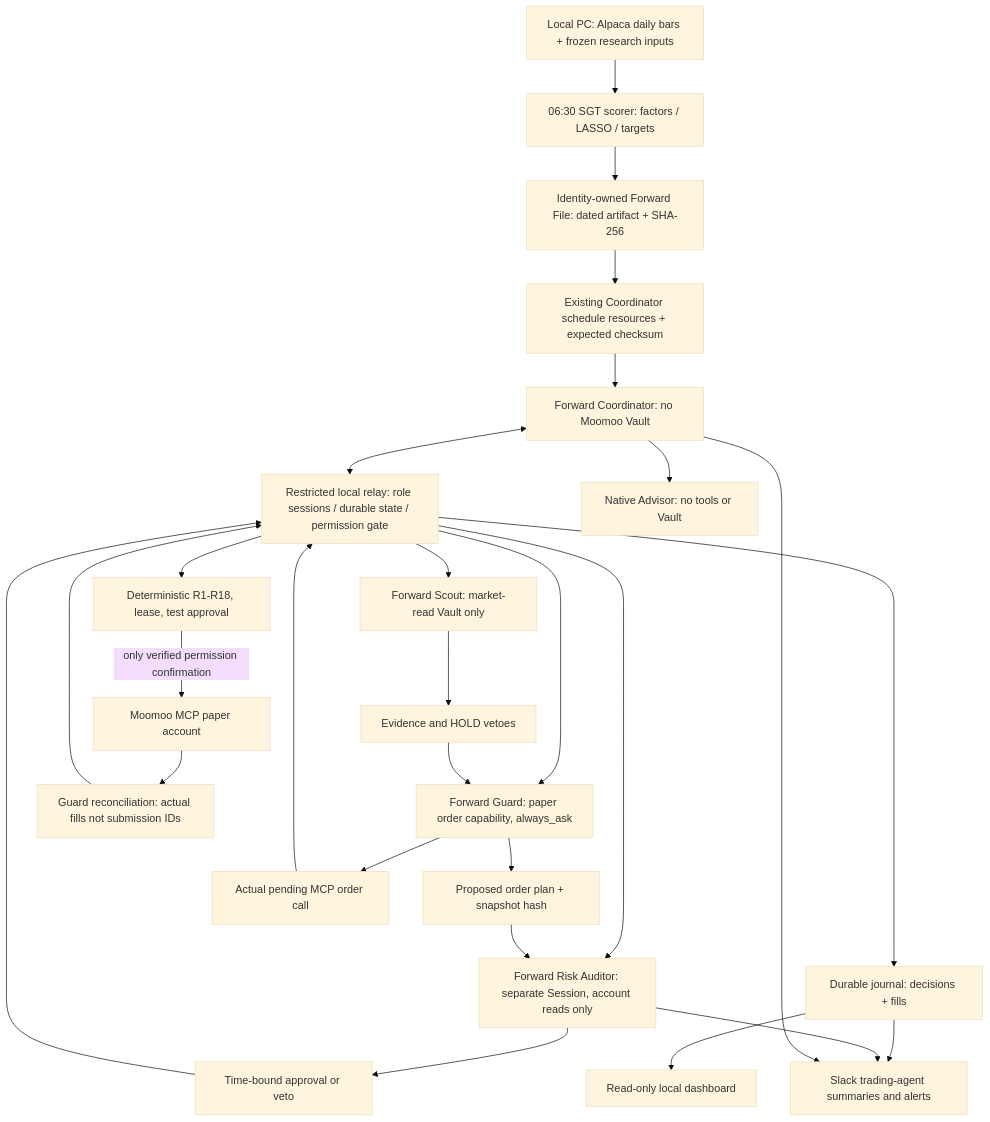
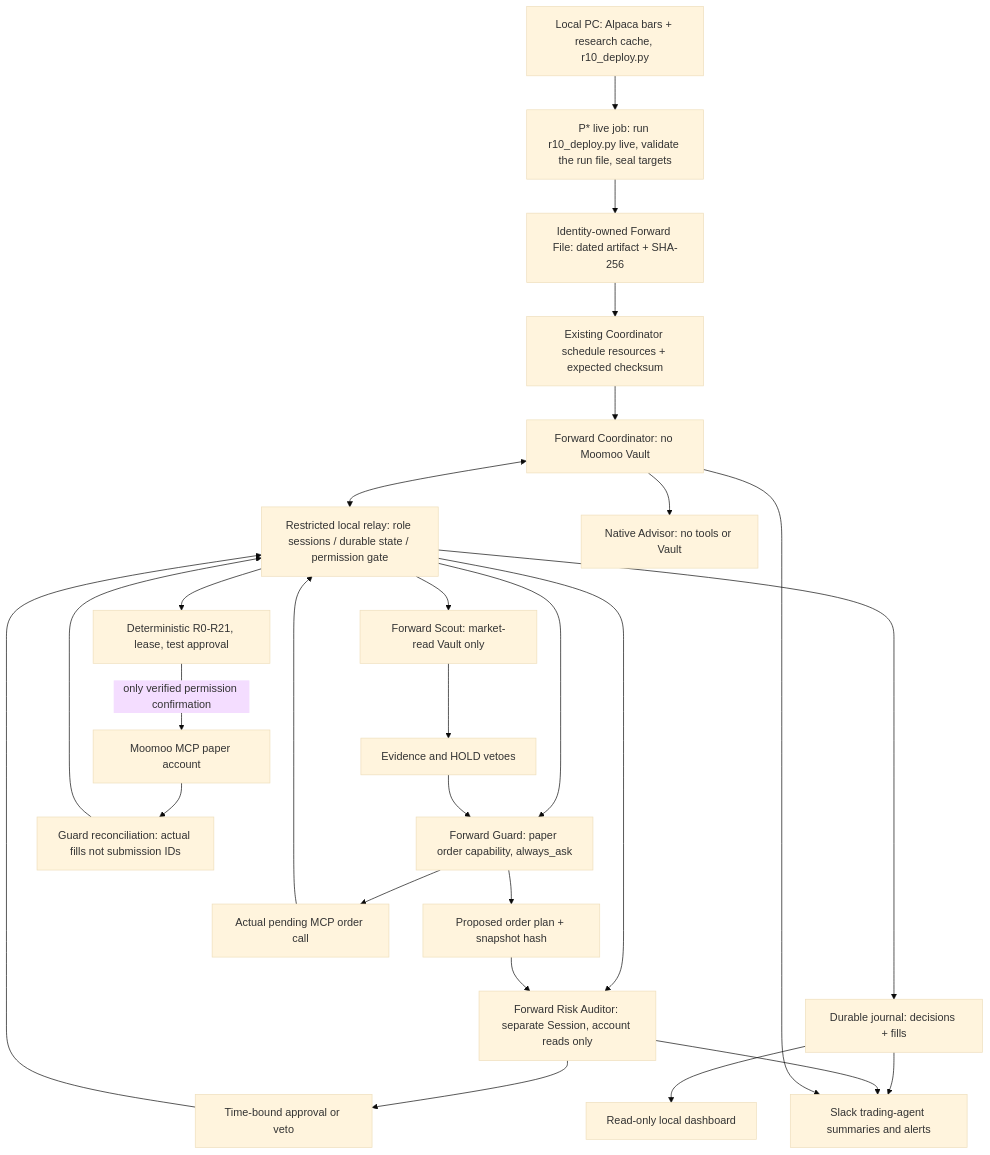
The diagram in docs/PRD.md (FangHH916/moomoo-qoder-challenge), drawn with Mermaid (base theme) before and after one commit. The commit also changed other lines of this file and 73 other files, not shown here.

````diff
--- a/docs/PRD.md
+++ b/docs/PRD.md
@@ -76,29 +108,29 @@
 ```mermaid
 flowchart TD
-    A[Local PC: Alpaca daily bars + frozen research inputs] --> B[06:30 SGT scorer: factors / LASSO / targets]
+    A[Local PC: Alpaca bars + research cache, r10_deploy.py] --> B[P* live job: run r10_deploy.py live, validate the run file, seal targets]
     B --> F[Identity-owned Forward File: dated artifact + SHA-256]
     F --> S[Existing Coordinator schedule resources + expected checksum]
     S --> C[Forward Coordinator: no Moomoo Vault]
     C <--> R[Restricted local relay: role sessions / durable state / permission gate]
     R --> SC[Forward Scout: market-read Vault only]
     R --> G[Forward Guard: paper order capability, always_ask]
     R --> AU[Forward Risk Auditor: separate Session, account reads only]
     C --> AD[Native Advisor: no tools or Vault]
     SC --> H[Evidence and HOLD vetoes]
     H --> G
     G --> P[Proposed order plan + snapshot hash]
     P --> AU
     AU --> AP[Time-bound approval or veto]
     AP --> R
     G --> Q[Actual pending MCP order call]
     Q --> R
-    R --> DG[Deterministic R1-R18, lease, test approval]
+    R --> DG[Deterministic R0-R21, lease, test approval]
     DG -->|only verified permission confirmation| M[Moomoo MCP paper account]
     M --> REC[Guard reconciliation: actual fills not submission IDs]
     REC --> R
     R --> J[Durable journal: decisions + fills]
     J --> D[Read-only local dashboard]
     J --> SL[Slack trading-agent summaries and alerts]
     AU --> SL
     C --> SL
 ```
````
